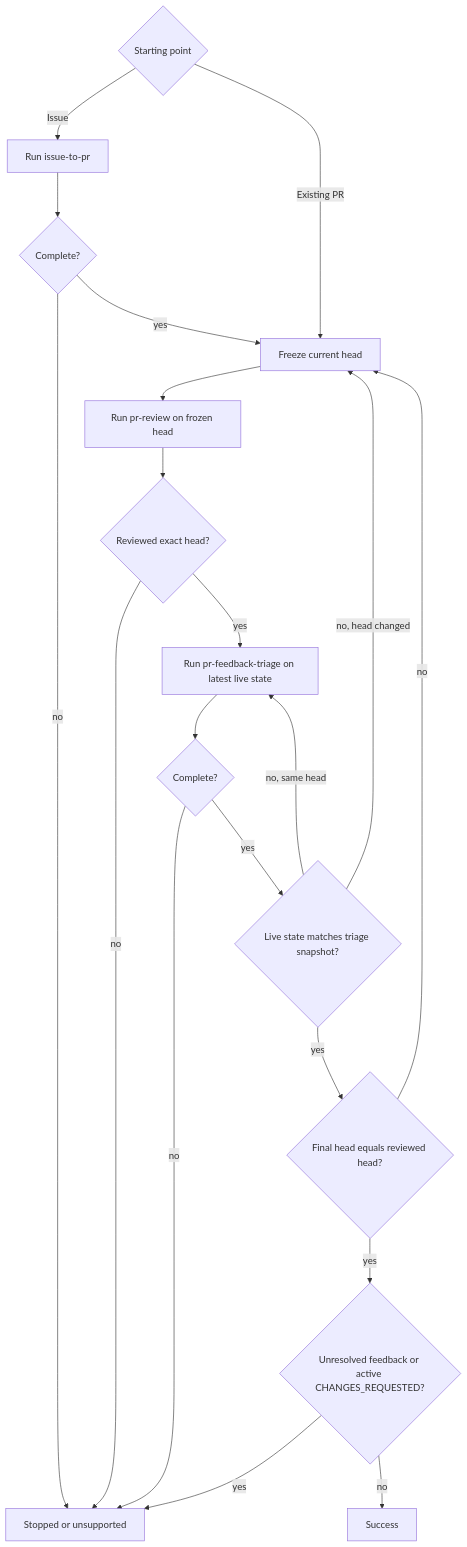
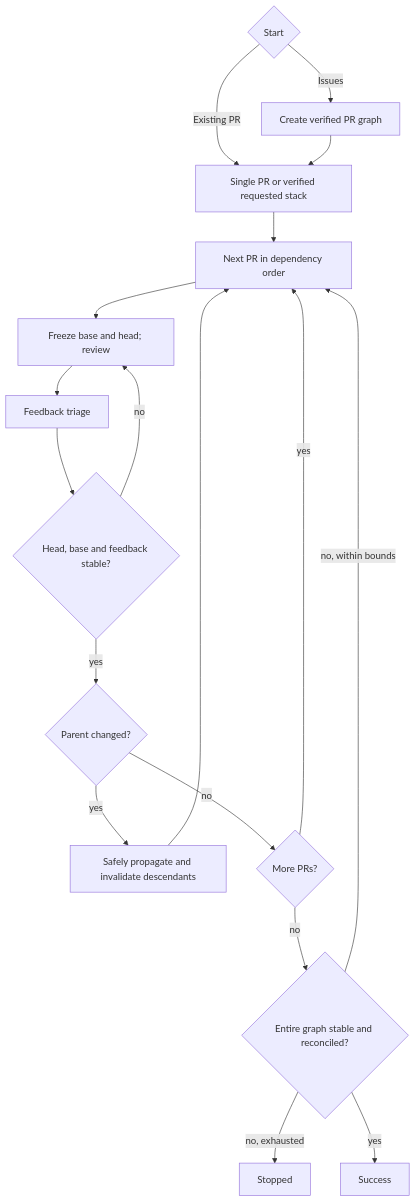
Before and after one commit to dceoy/pr-loop: the diagram in skills/pr-loop/SKILL.md, drawn with Mermaid. The commit also changed other lines of this file and 3 other files, not shown here.

First line of the commit message:
feat: support independent and stacked PRs for issue-driven development (#54)

````diff
--- a/skills/pr-loop/SKILL.md
+++ b/skills/pr-loop/SKILL.md
@@ -32,22 +31,20 @@
 ```mermaid
 flowchart TD
-  S{Starting point} -->|Issue| I[Run issue-to-pr]
-  S -->|Existing PR| A[Freeze current head]
-  I --> J{Complete?}
-  J -->|no| X[Stopped or unsupported]
-  J -->|yes| A
-  A --> B[Run pr-review on frozen head]
-  B --> C{Reviewed exact head?}
-  C -->|no| X
-  C -->|yes| D[Run pr-feedback-triage on latest live state]
-  D --> E{Complete?}
-  E -->|no| X
-  E -->|yes| F{Live state matches triage snapshot?}
-  F -->|no, same head| D
-  F -->|no, head changed| A
-  F -->|yes| G{Final head equals reviewed head?}
-  G -->|no| A
-  G -->|yes| H{Unresolved feedback or active CHANGES_REQUESTED?}
-  H -->|yes| X
-  H -->|no| Y[Success]
+  S{Start} -->|Issues| I[Create verified PR graph]
+  S -->|Existing PR| A[Single PR or verified requested stack]
+  I --> A
+  A --> B[Next PR in dependency order]
+  B --> C[Freeze base and head; review]
+  C --> D[Feedback triage]
+  D --> E{Head, base and feedback stable?}
+  E -->|no| C
+  E -->|yes| F{Parent changed?}
+  F -->|yes| G[Safely propagate and invalidate descendants]
+  G --> B
+  F -->|no| H{More PRs?}
+  H -->|yes| B
+  H -->|no| J{Entire graph stable and reconciled?}
+  J -->|no, within bounds| B
+  J -->|no, exhausted| X[Stopped]
+  J -->|yes| Y[Success]
 ```
````
